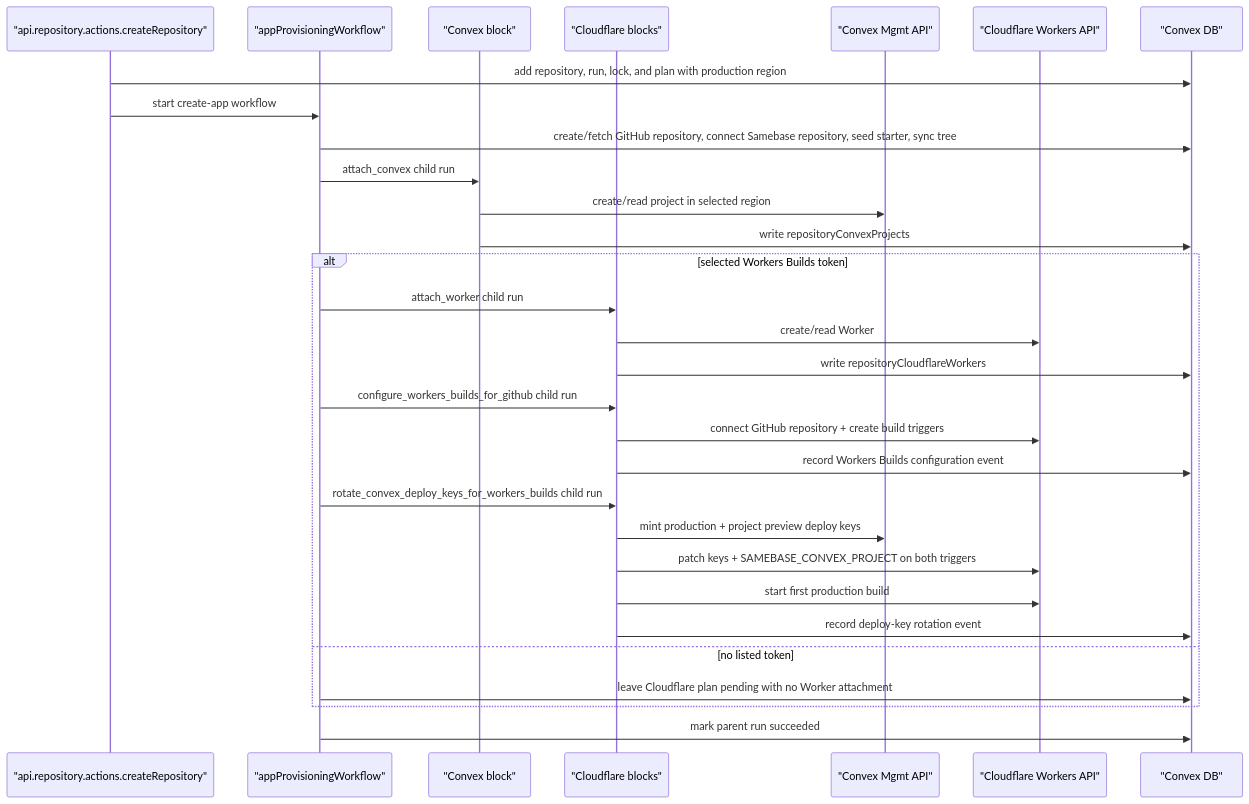
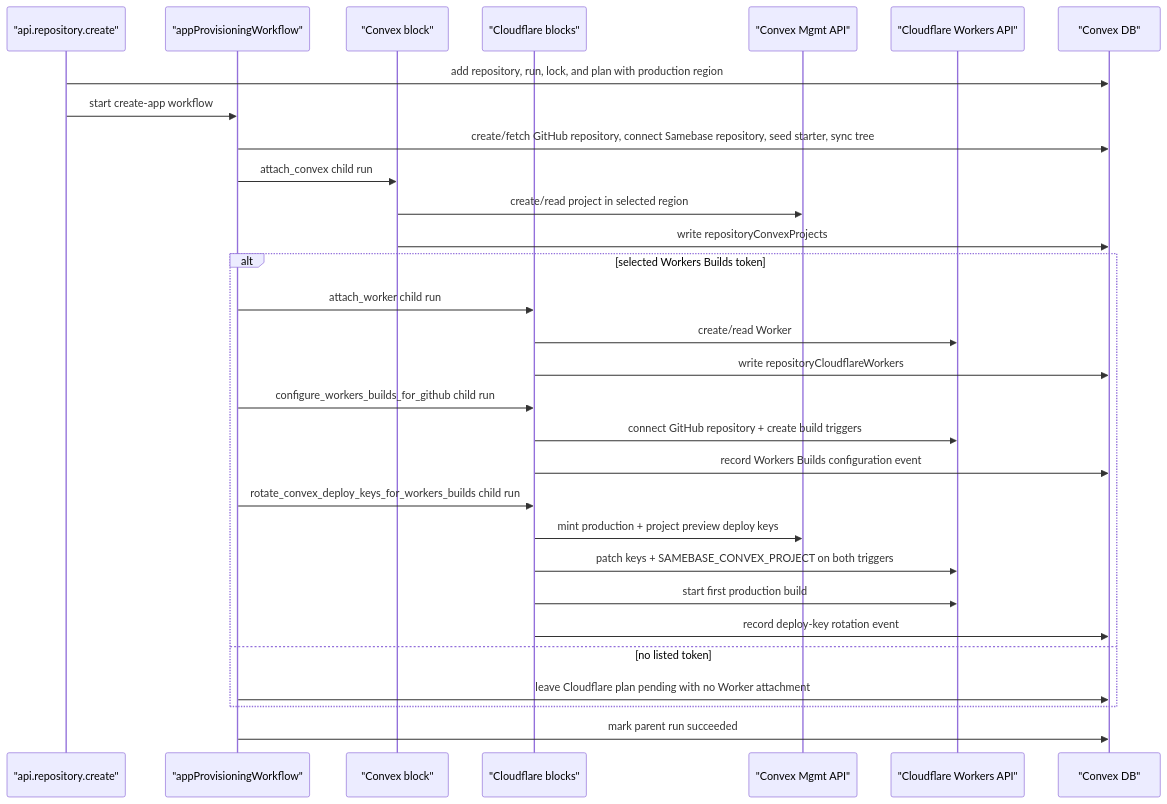
Before and after one commit to samebase/samebase: the diagram in specs/003_REPOSITORY_INFRA_PROVISIONING_SPEC.md, drawn with Mermaid. The commit also changed other lines of this file and 6 other files, not shown here.

````diff
--- a/specs/003_REPOSITORY_INFRA_PROVISIONING_SPEC.md
+++ b/specs/003_REPOSITORY_INFRA_PROVISIONING_SPEC.md
@@ -431,33 +430,33 @@
 ```mermaid
 sequenceDiagram
-  participant VA as "api.repository.actions.createRepository"
+  participant VA as "api.repository.create"
   participant WF as "appProvisioningWorkflow"
   participant CVXB as "Convex block"
   participant CFB as "Cloudflare blocks"
   participant CVX as "Convex Mgmt API"
   participant CFL as "Cloudflare Workers API"
   participant DB as "Convex DB"
 
   VA->>DB: add repository, run, lock, and plan with production region
   VA->>WF: start create-app workflow
   WF->>DB: create/fetch GitHub repository, connect Samebase repository, seed starter, sync tree
   WF->>CVXB: attach_convex child run
   CVXB->>CVX: create/read project in selected region
   CVXB->>DB: write repositoryConvexProjects
   alt selected Workers Builds token
     WF->>CFB: attach_worker child run
     CFB->>CFL: create/read Worker
     CFB->>DB: write repositoryCloudflareWorkers
     WF->>CFB: configure_workers_builds_for_github child run
     CFB->>CFL: connect GitHub repository + create build triggers
     CFB->>DB: record Workers Builds configuration event
     WF->>CFB: rotate_convex_deploy_keys_for_workers_builds child run
     CFB->>CVX: mint production + project preview deploy keys
     CFB->>CFL: patch keys + SAMEBASE_CONVEX_PROJECT on both triggers
     CFB->>CFL: start first production build
     CFB->>DB: record deploy-key rotation event
   else no listed token
     WF->>DB: leave Cloudflare plan pending with no Worker attachment
   end
   WF->>DB: mark parent run succeeded
 ```
````
